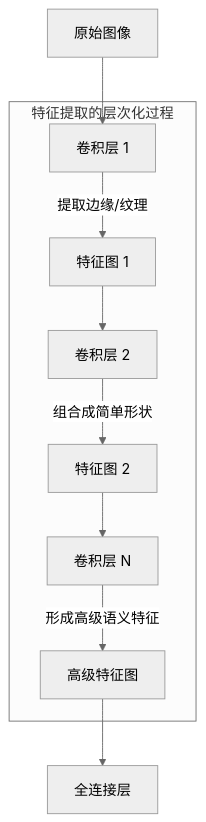
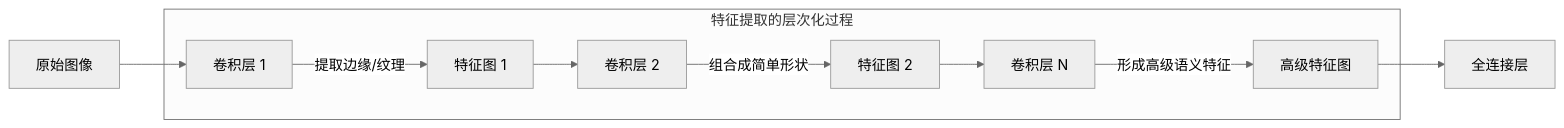
Before and after one commit to waveveil/blog: the diagram in src/content/posts/understanding-cnn-layers.md, drawn with Mermaid (neutral theme).

Commit message:
update src/content/posts/understanding-cnn-layers.md. 更改mermind布局方式，改为横向布局

````diff
--- a/src/content/posts/understanding-cnn-layers.md
+++ b/src/content/posts/understanding-cnn-layers.md
@@ -52,12 +52,12 @@
 ```mermaid
-graph TD
+graph LR
     A[原始图像] --> B[卷积层 1]
     subgraph "特征提取的层次化过程"
         B -->|提取边缘/纹理| C[特征图 1]
         C --> D[卷积层 2]
         D -->|组合成简单形状| E[特征图 2]
         E --> F[卷积层 N]
         F -->|形成高级语义特征| G[高级特征图]
     end
     G --> H[全连接层]
 ```
````
